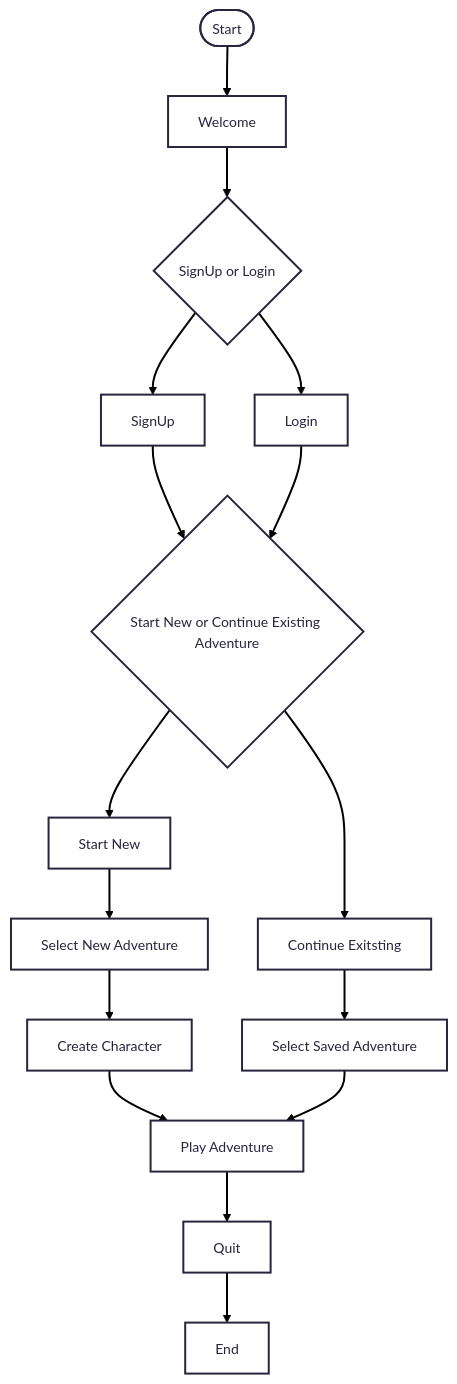
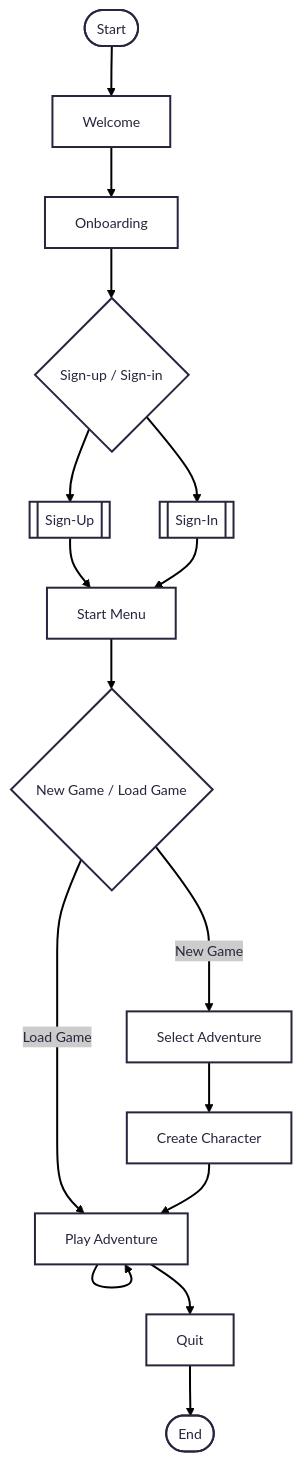
Before and after one commit to pier8software/Questline: the diagram in docs/Application_Flow.mmd, drawn with Mermaid. The commit also changed 30 other files, not shown here.

First line of the commit message:
Load Existing Playthroughs (#23)

```diff
--- a/docs/Application_Flow.mmd
+++ b/docs/Application_Flow.mmd
@@ -1,21 +1,34 @@
 ---
 config:
-      theme: redux
+    theme: redux
 ---
 flowchart TD
-        A(["Start"])
-        A --> B["Welcome"]
-        B --> C{"SignUp or Login"}
-        C --> D["SignUp"]
-        C --> E["Login"]
-        D --> F{"SignUp or Login"}
-        E --> F{"Start New or Continue Existing Adventure"}
-        F --> G["Continue Exitsting"]
-        F --> H["Start New"]
-        G --> I["Select Saved Adventure"]
-        H --> J["Select New Adventure"]
-        J --> K["Create Character"]
-        K --> L["Play Adventure"]
-        I --> L
-        L --> M["Quit"]
-        M --> N["End"]
+    Start(["Start"])
+    Splash["Welcome"]
+    Onboarding["Onboarding"]
+    OnboardingChoice{"Sign-up / Sign-in"}
+    SignUp[["Sign-Up"]]
+    SignIn[["Sign-In"]]
+    StartMenu["Start Menu"]
+    StartMenuChoice{"New Game / Load Game"}
+    SelectAdventure["Select Adventure"]
+    CreateCharacter["Create Character"]
+    GameLoop["Play Adventure"]
+    Quit["Quit"]
+    End(["End"])
+
+    Start --> Splash
+    Splash --> Onboarding
+    Onboarding --> OnboardingChoice
+    OnboardingChoice --> SignUp
+    OnboardingChoice --> SignIn
+    SignUp --> StartMenu
+    SignIn --> StartMenu
+    StartMenu --> StartMenuChoice
+    StartMenuChoice -- New Game ---> SelectAdventure
+    StartMenuChoice -- Load Game ---> GameLoop
+    SelectAdventure --> CreateCharacter
+    CreateCharacter --> GameLoop
+    GameLoop --> GameLoop
+    GameLoop --> Quit
+    Quit --> End
```
